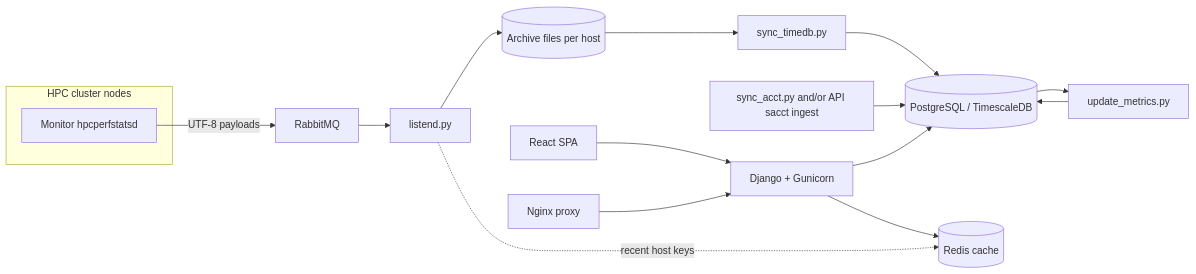
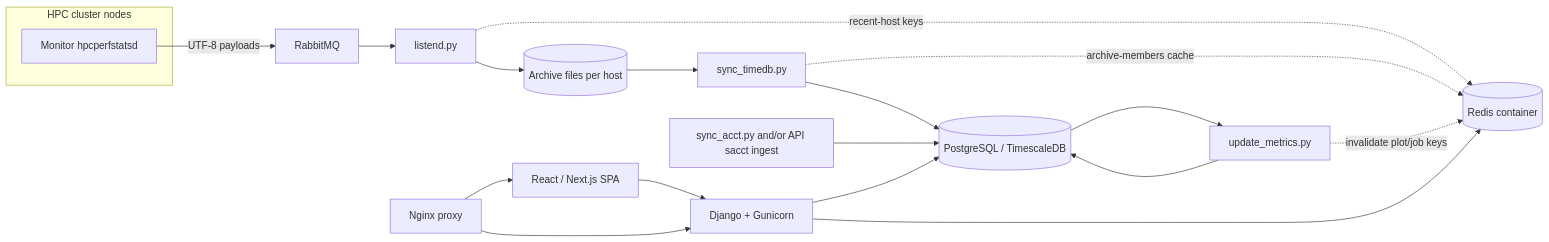
Before and after one commit to TACC/HPCPerfStats: the first of 2 diagrams in docs/design-document.md, drawn with Mermaid. The commit also changed other lines of this file, not shown here.

````diff
--- a/docs/design-document.md
+++ b/docs/design-document.md
@@ -52,31 +54,34 @@
 ```mermaid
 flowchart LR
   subgraph cluster["HPC cluster nodes"]
     M[Monitor hpcperfstatsd]
   end
   RMQ[RabbitMQ]
   L[listend.py]
   ARC[(Archive files per host)]
   ST[sync_timedb.py]
   DB[(PostgreSQL / TimescaleDB)]
   SA[sync_acct.py and/or API sacct ingest]
   UM[update_metrics.py]
   WEB[Django + Gunicorn]
-  FE[React SPA]
-  REDIS[(Redis cache)]
+  FE[React / Next.js SPA]
+  REDIS[(Redis container)]
   PXY[Nginx proxy]
 
   M -->|UTF-8 payloads| RMQ
   RMQ --> L
   L --> ARC
+  L -.->|recent-host keys| REDIS
   ARC --> ST
   ST --> DB
+  ST -.->|archive-members cache| REDIS
   SA --> DB
   DB --> UM
   UM --> DB
+  UM -.->|invalidate plot/job keys| REDIS
   WEB --> DB
   WEB --> REDIS
   FE --> WEB
   PXY --> WEB
-  L -.->|recent host keys| REDIS
+  PXY --> FE
 ```
````
